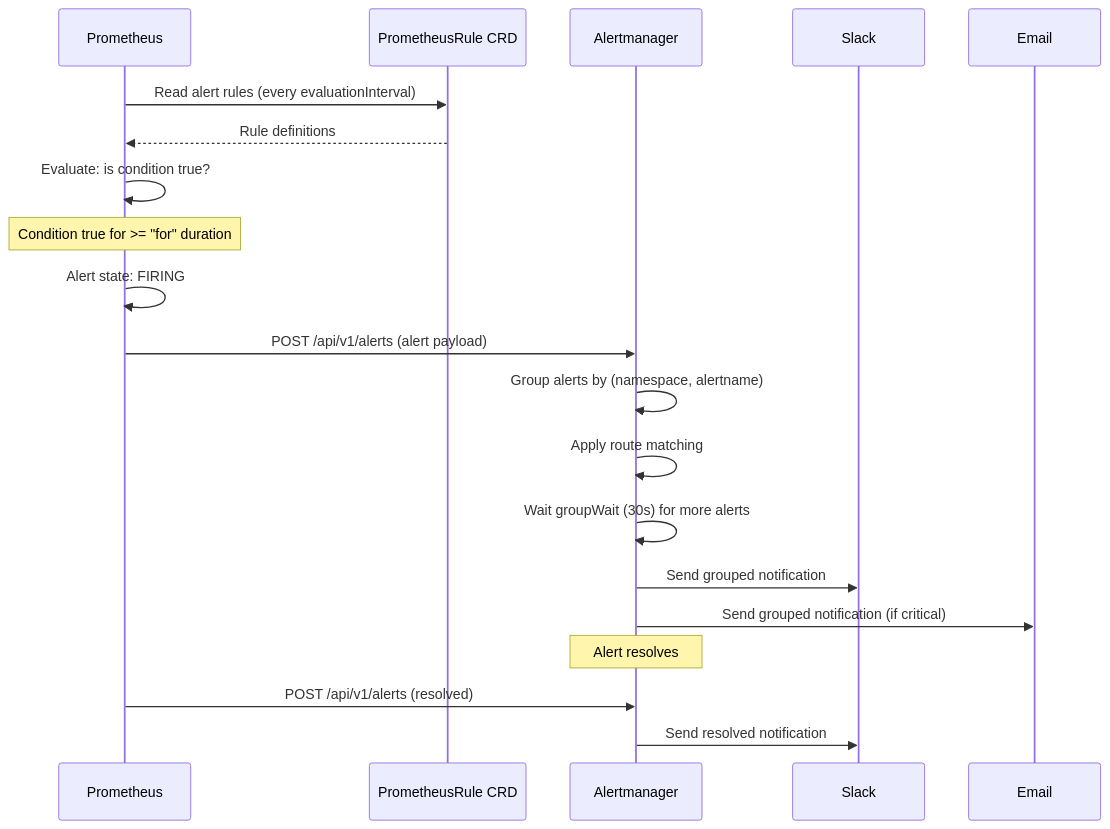
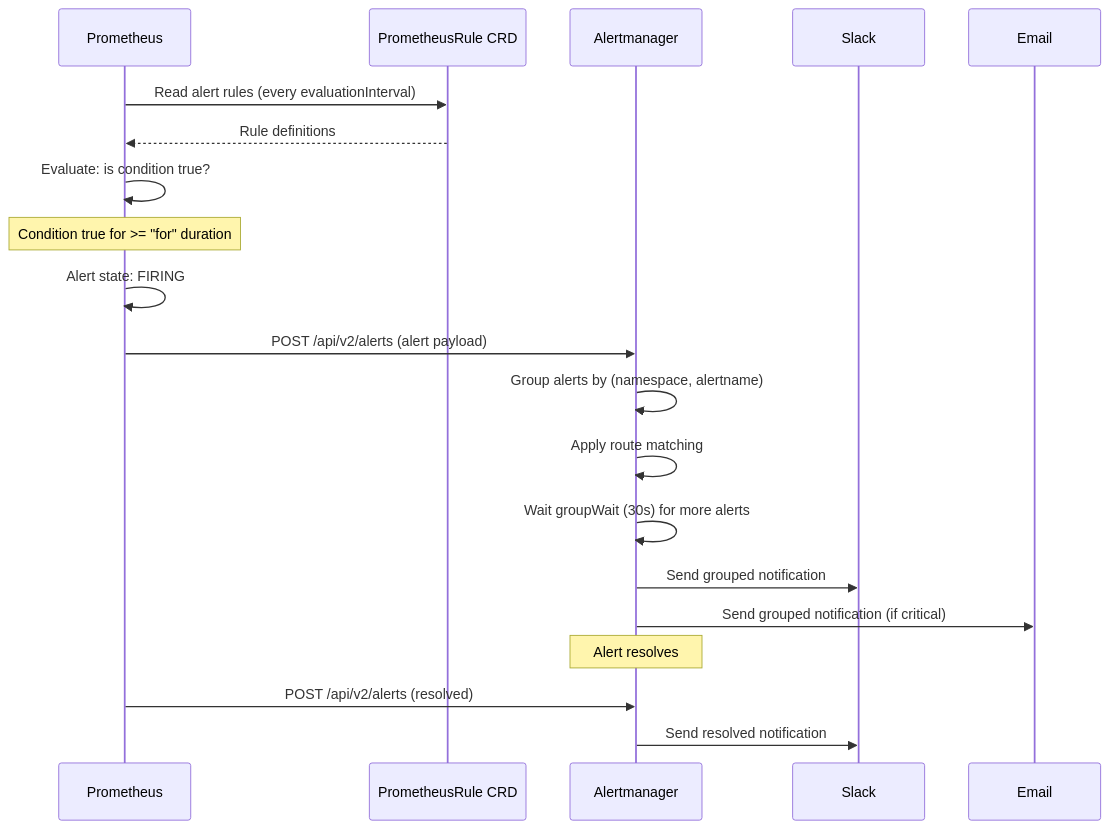
The first of 2 diagrams in 10_monitoring/03_alerting.md (UncleJS/course_k3s), drawn with Mermaid before and after one commit. The commit also changed other lines of this file and 74 other files, not shown here.

````diff
--- a/10_monitoring/03_alerting.md
+++ b/10_monitoring/03_alerting.md
@@ -29,27 +29,27 @@
 ```mermaid
 sequenceDiagram
     participant P as Prometheus
     participant PR as PrometheusRule CRD
     participant AM as Alertmanager
     participant S as Slack
     participant E as Email
 
     P->>PR: Read alert rules (every evaluationInterval)
     PR-->>P: Rule definitions
     P->>P: Evaluate: is condition true?
 
     Note over P: Condition true for >= "for" duration
     P->>P: Alert state: FIRING
 
-    P->>AM: POST /api/v1/alerts (alert payload)
+    P->>AM: POST /api/v2/alerts (alert payload)
     AM->>AM: Group alerts by (namespace, alertname)
     AM->>AM: Apply route matching
     AM->>AM: Wait groupWait (30s) for more alerts
 
     AM->>S: Send grouped notification
     AM->>E: Send grouped notification (if critical)
 
     Note over AM: Alert resolves
-    P->>AM: POST /api/v1/alerts (resolved)
+    P->>AM: POST /api/v2/alerts (resolved)
     AM->>S: Send resolved notification
 ```
````
